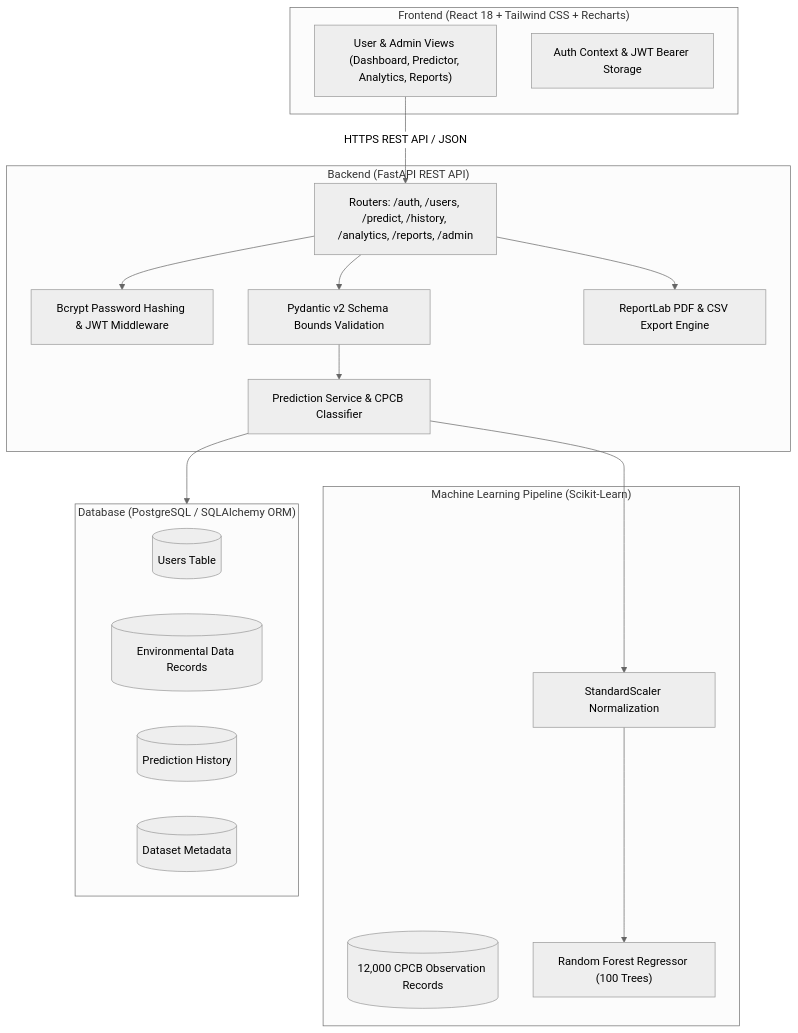
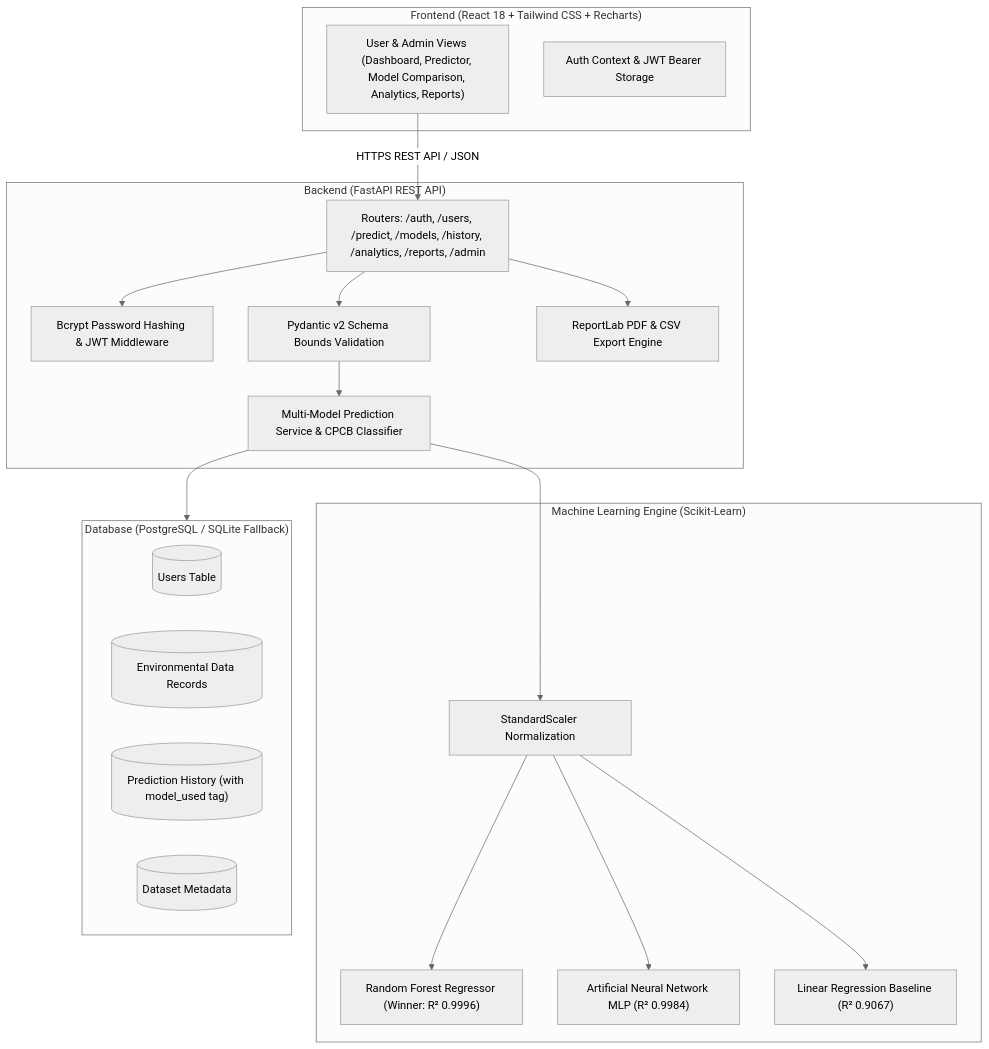
One commit to Mob-Imam-79/AirGuard-Intelligent-Air-Quality-Prediction changed the diagram in README.md. Above: the diagram before and after it, drawn with Mermaid (neutral theme). The commit also changed other lines of this file, not shown here.

Commit message:
docs: update README with multi-model ML evaluation, 44 automated tests, API endpoints, and comparison architecture

````diff
--- a/README.md
+++ b/README.md
@@ -64,37 +74,40 @@
 ```mermaid
 flowchart TD
     subgraph Client["Frontend (React 18 + Tailwind CSS + Recharts)"]
-        UI["User & Admin Views (Dashboard, Predictor, Analytics, Reports)"]
+        UI["User & Admin Views (Dashboard, Predictor, Model Comparison, Analytics, Reports)"]
         AuthContext["Auth Context & JWT Bearer Storage"]
     end
 
     subgraph Server["Backend (FastAPI REST API)"]
-        Routers["Routers: /auth, /users, /predict, /history, /analytics, /reports, /admin"]
+        Routers["Routers: /auth, /users, /predict, /models, /history, /analytics, /reports, /admin"]
         Security["Bcrypt Password Hashing & JWT Middleware"]
         Pydantic["Pydantic v2 Schema Bounds Validation"]
-        InferenceEngine["Prediction Service & CPCB Classifier"]
+        InferenceEngine["Multi-Model Prediction Service & CPCB Classifier"]
         ReportGen["ReportLab PDF & CSV Export Engine"]
     end
 
-    subgraph MLPipeline["Machine Learning Pipeline (Scikit-Learn)"]
-        Dataset[("12,000 CPCB Observation Records")]
+    subgraph MLPipeline["Machine Learning Engine (Scikit-Learn)"]
         Scaler["StandardScaler Normalization"]
-        Model["Random Forest Regressor (100 Trees)"]
+        RF["Random Forest Regressor (Winner: R² 0.9996)"]
+        ANN["Artificial Neural Network MLP (R² 0.9984)"]
+        LR["Linear Regression Baseline (R² 0.9067)"]
     end
 
-    subgraph Database["Database (PostgreSQL / SQLAlchemy ORM)"]
+    subgraph Database["Database (PostgreSQL / SQLite Fallback)"]
         DBUsers[("Users Table")]
         DBEnv[("Environmental Data Records")]
-        DBPredictions[("Prediction History")]
+        DBPredictions[("Prediction History (with model_used tag)")]
         DBDatasets[("Dataset Metadata")]
     end
 
     UI -->|"HTTPS REST API / JSON"| Routers
     Routers --> Security
     Routers --> Pydantic
     Pydantic --> InferenceEngine
     InferenceEngine --> Scaler
-    Scaler --> Model
+    Scaler --> RF
+    Scaler --> ANN
+    Scaler --> LR
     InferenceEngine --> Database
     Routers --> ReportGen
 ```
````
